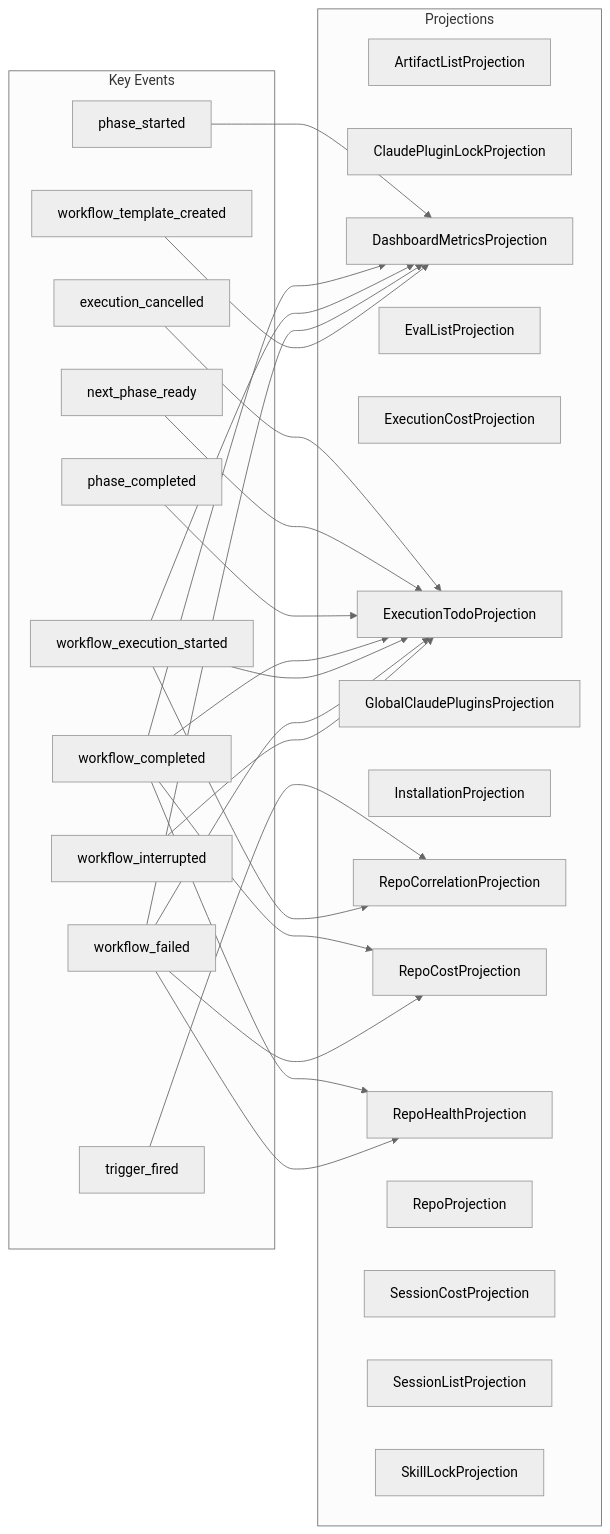
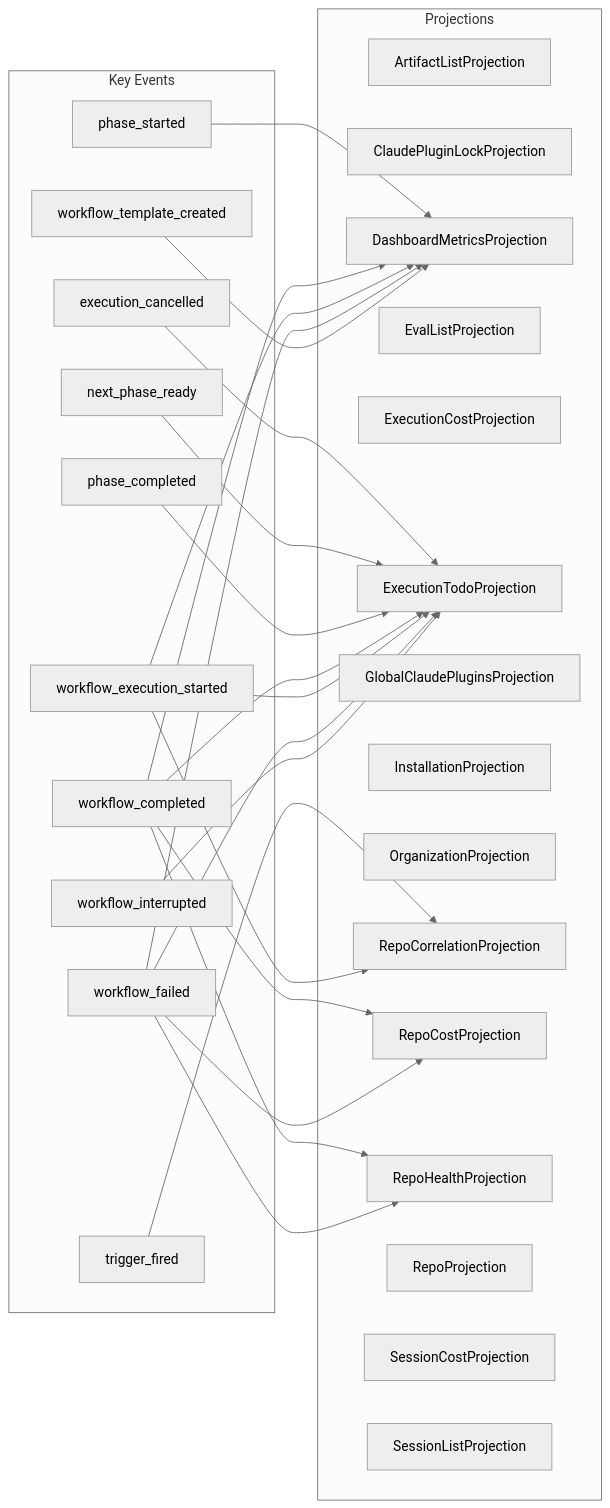
The diagram in docs/architecture/projection-subscriptions.md (syntropic137/syntropic137), drawn with Mermaid (neutral theme) before and after one commit. The commit also changed other lines of this file, not shown here.

Commit message:
fix(docs): bump ESP for re-exported projection scanning; regenerate
Verification B3: vsa manifest recorded organization's re-export shim as an
empty "Projection", dropping OrganizationProjection and its subscriptions.
Fixed in ESP (syntropic137/event-sourcing-platform#402, 9ba30bf9); this pins
that commit and regenerates. projection-subscriptions now lists 27
projections fed by 81 events (was 26 / 76).

````diff
--- a/docs/architecture/projection-subscriptions.md
+++ b/docs/architecture/projection-subscriptions.md
@@ -15,52 +15,52 @@
 ```mermaid
 graph LR
     subgraph events["Key Events"]
         e1[workflow_execution_started]
         e2[workflow_failed]
         e3[workflow_completed]
         e4[execution_cancelled]
         e5[phase_completed]
         e6[workflow_interrupted]
         e7[next_phase_ready]
         e8[phase_started]
         e9[trigger_fired]
         e10[workflow_template_created]
     end
 
     subgraph projections["Projections"]
         p1[ArtifactListProjection]
         p2[ClaudePluginLockProjection]
         p3[DashboardMetricsProjection]
         p4[EvalListProjection]
         p5[ExecutionCostProjection]
         p6[ExecutionTodoProjection]
         p7[GlobalClaudePluginsProjection]
         p8[InstallationProjection]
-        p9[RepoCorrelationProjection]
-        p10[RepoCostProjection]
-        p11[RepoHealthProjection]
-        p12[RepoProjection]
-        p13[SessionCostProjection]
-        p14[SessionListProjection]
-        p15[SkillLockProjection]
+        p9[OrganizationProjection]
+        p10[RepoCorrelationProjection]
+        p11[RepoCostProjection]
+        p12[RepoHealthProjection]
+        p13[RepoProjection]
+        p14[SessionCostProjection]
+        p15[SessionListProjection]
     end
 
     e4 --> p6
     e7 --> p6
     e5 --> p6
     e8 --> p3
-    e9 --> p9
+    e9 --> p10
     e3 --> p3
     e3 --> p6
-    e3 --> p10
     e3 --> p11
+    e3 --> p12
     e1 --> p3
     e1 --> p6
-    e1 --> p9
+    e1 --> p10
     e2 --> p3
     e2 --> p6
-    e2 --> p10
     e2 --> p11
+    e2 --> p12
     e6 --> p6
     e10 --> p3
 ```
````
